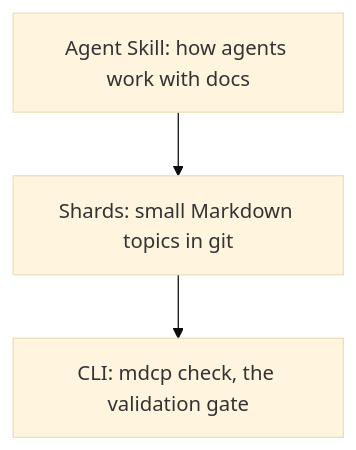
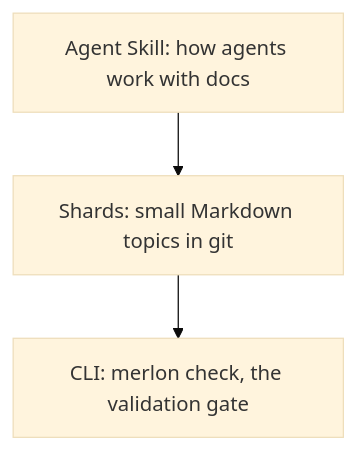
Before and after one commit to Merlon-Docs/merlon: the second of 2 diagrams in README.md, drawn with Mermaid (base theme). The commit also changed other lines of this file and 769 other files, not shown here.

````diff
--- a/README.md
+++ b/README.md
@@ -114,5 +114,5 @@
 ```mermaid
 flowchart TB
   skill["Agent Skill: how agents work with docs"] --> shards["Shards: small Markdown topics in git"]
-  shards --> cli["CLI: mdcp check, the validation gate"]
+  shards --> cli["CLI: merlon check, the validation gate"]
 ```
````
